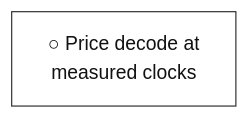
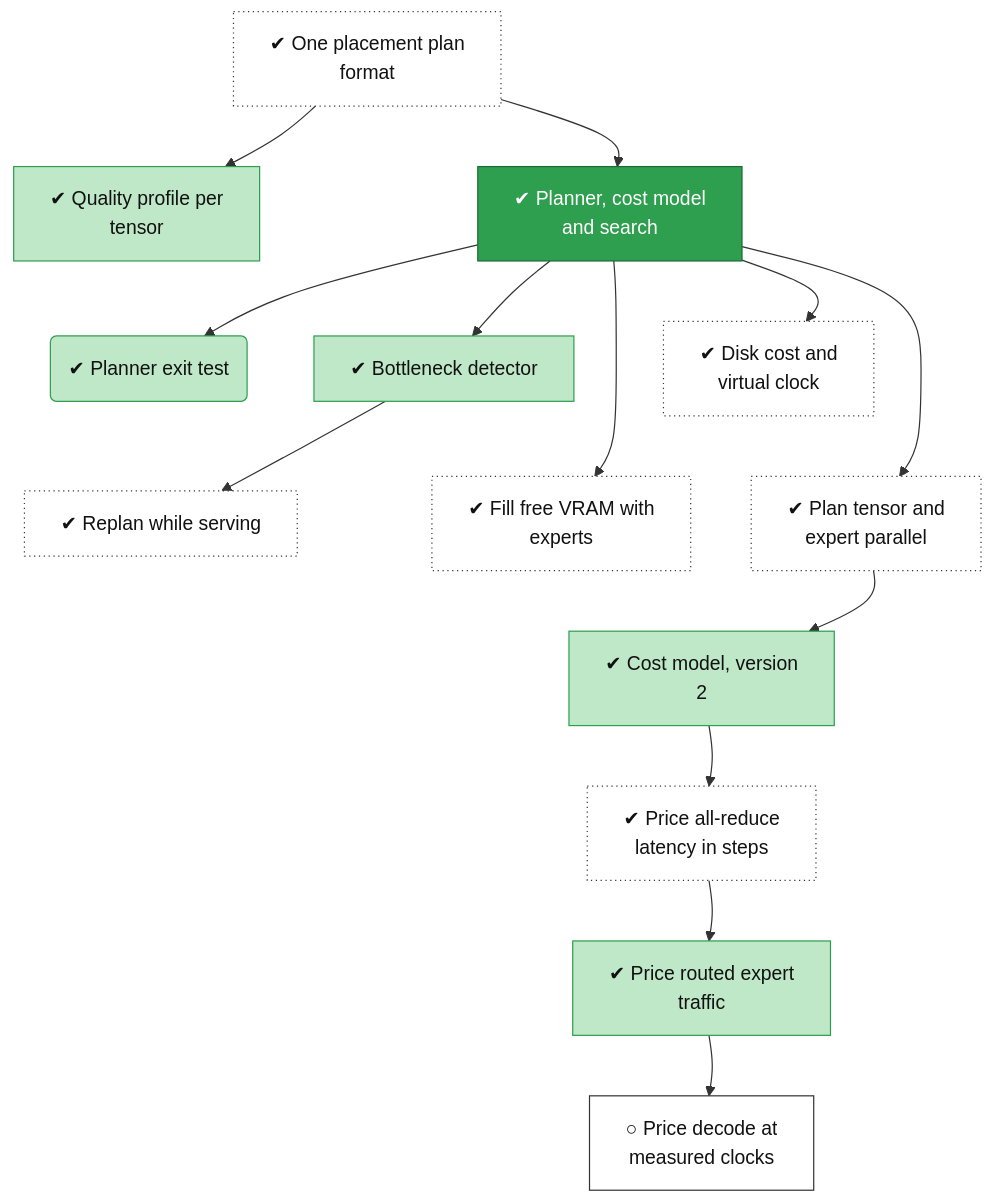
One commit to lhns/tetraeder changed the diagram in docs/roadmap/tracks/planner.md. Above: the diagram before and after it, drawn with Mermaid. The commit also changed other lines of this file and 9 other files, not shown here.

````diff
--- a/docs/roadmap/tracks/planner.md
+++ b/docs/roadmap/tracks/planner.md
@@ -10,19 +10,60 @@
 ```mermaid
 flowchart TB
+    planner_plan_ir["✔ One placement plan<br/>format"]
+    planner_quality["✔ Quality profile per<br/>tensor"]
+    planner_core["✔ Planner, cost model<br/>and search"]
+    planner_exit("✔ Planner exit test")
+    planner_detector["✔ Bottleneck detector"]
+    planner_tier_cost["✔ Disk cost and<br/>virtual clock"]
+    planner_replan["✔ Replan while serving"]
+    planner_fill_tier["✔ Fill free VRAM with<br/>experts"]
+    planner_parallel_shapes["✔ Plan tensor and<br/>expert parallel"]
+    planner_cost_v2["✔ Cost model, version<br/>2"]
+    planner_cost_v3["✔ Price all-reduce<br/>latency in steps"]
+    planner_cost_v4["✔ Price routed expert<br/>traffic"]
     planner_cost_model_v5["○ Price decode at<br/>measured clocks"]
+    planner_plan_ir ~~~ planner_quality
+    planner_plan_ir ~~~ planner_core
+    planner_quality ~~~ planner_exit
+    planner_core ~~~ planner_detector
+    planner_core ~~~ planner_tier_cost
+    planner_exit ~~~ planner_replan
+    planner_detector ~~~ planner_fill_tier
+    planner_tier_cost ~~~ planner_parallel_shapes
+    planner_replan ~~~ planner_cost_v2
+    planner_fill_tier ~~~ planner_cost_v2
+    planner_parallel_shapes ~~~ planner_cost_v2
+    planner_cost_v2 ~~~ planner_cost_v3
+    planner_cost_v3 ~~~ planner_cost_v4
+    planner_cost_v4 ~~~ planner_cost_model_v5
+    planner_plan_ir --> planner_quality
+    planner_plan_ir --> planner_core
+    planner_core --> planner_exit
+    planner_core --> planner_detector
+    planner_core --> planner_tier_cost
+    planner_detector --> planner_replan
+    planner_core --> planner_fill_tier
+    planner_core --> planner_parallel_shapes
+    planner_parallel_shapes --> planner_cost_v2
+    planner_cost_v2 --> planner_cost_v3
+    planner_cost_v3 --> planner_cost_v4
+    planner_cost_v4 --> planner_cost_model_v5
     classDef vsucc fill:#2e9e4f,stroke:#1b6b34,color:#fff
     classDef succ fill:#bfe8c8,stroke:#2e9e4f,color:#111
     classDef mixed fill:#ffd37a,stroke:#c98a00,color:#111
     classDef bad fill:#f28b82,stroke:#b3261e,color:#111
     classDef dead fill:#e6e6e6,stroke:#777,stroke-dasharray:5 5,color:#555
     classDef inprog fill:#a8cdf5,stroke:#1f6fc5,color:#111
     classDef next fill:#fff,stroke:#333,color:#111
     classDef blocked fill:#fff,stroke:#b3261e,stroke-dasharray:2 2,color:#111
     classDef parked fill:#f3f3f3,stroke:#999,color:#555
     classDef unrated fill:#fff,stroke:#333,stroke-dasharray:1 3,color:#111
     classDef gate fill:#d9c2f0,stroke:#7b3fb5,color:#111
     classDef decided fill:#ece0f7,stroke:#7b3fb5,stroke-dasharray:2 2,color:#111
     classDef finding fill:#ffe0b2,stroke:#d84315,stroke-width:2px,color:#111
     classDef waiting fill:#e3f2fd,stroke:#1f6fc5,stroke-dasharray:5 5,color:#111
+    class planner_plan_ir,planner_tier_cost,planner_replan,planner_fill_tier,planner_parallel_shapes,planner_cost_v3 unrated
+    class planner_quality,planner_exit,planner_detector,planner_cost_v2,planner_cost_v4 succ
+    class planner_core vsucc
     class planner_cost_model_v5 next
 ```
````
